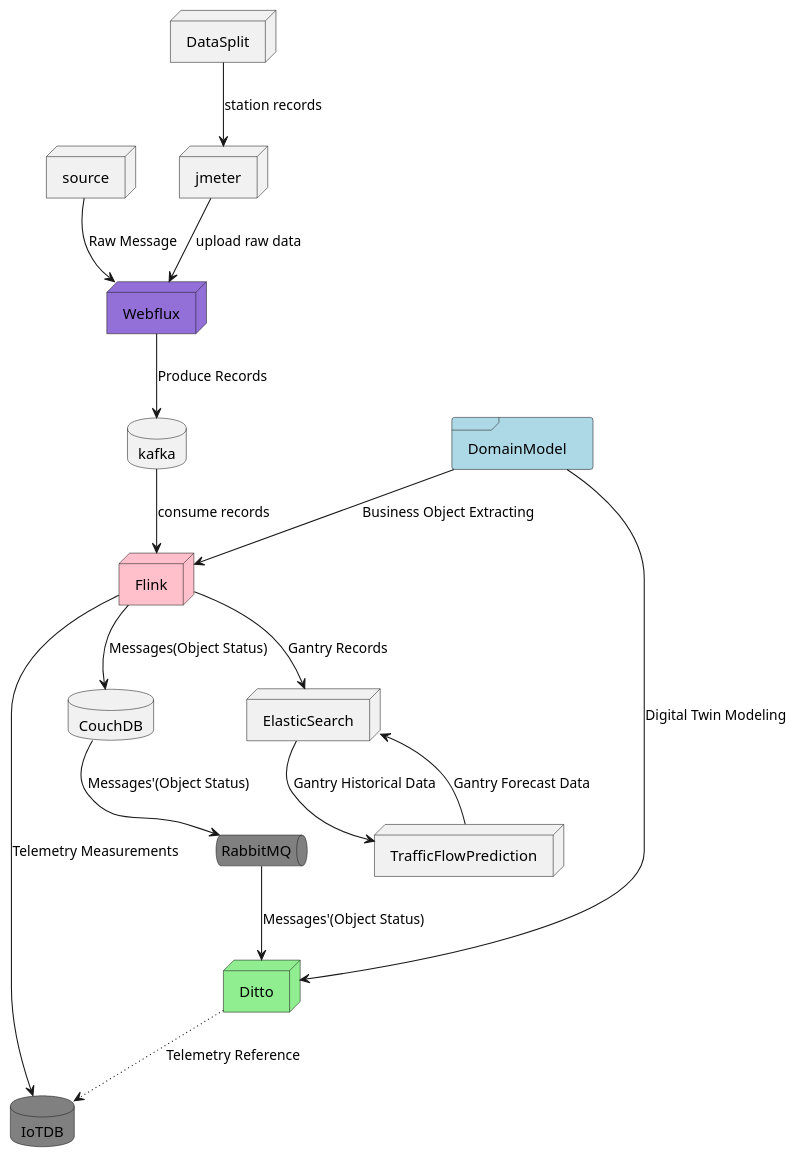
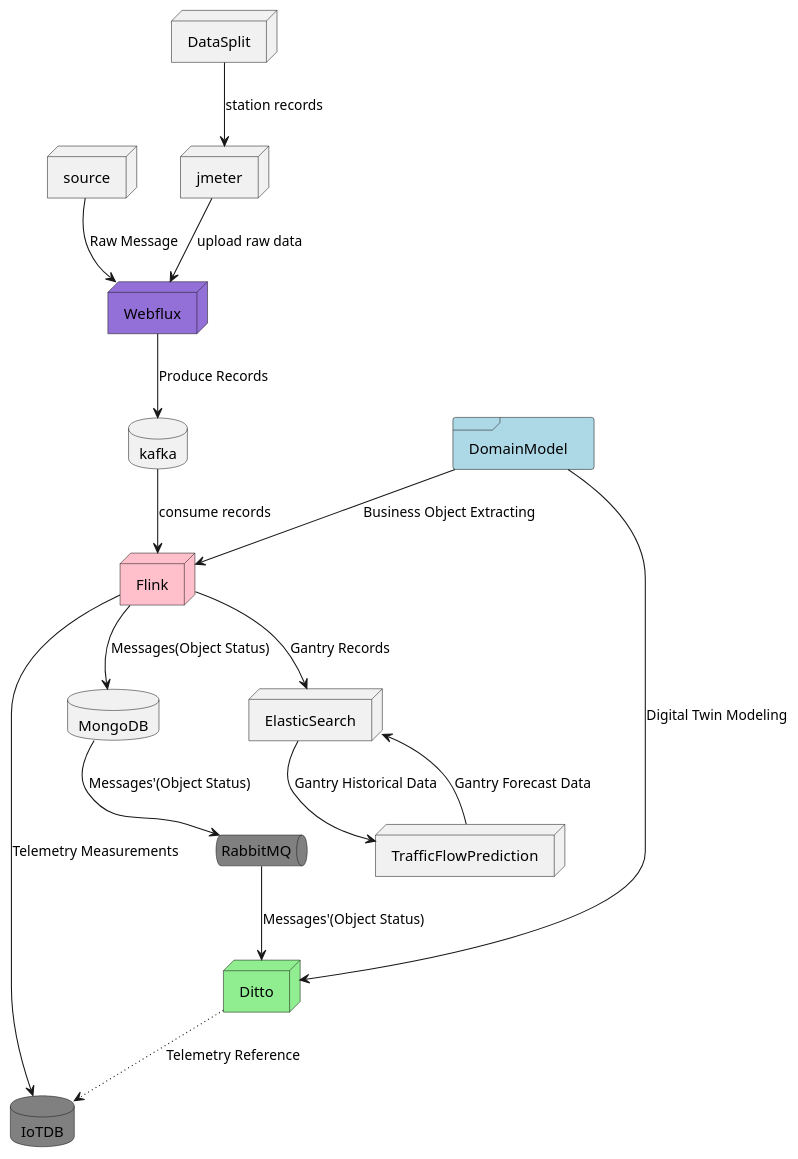
The diagram in docs/uml/deployment.pu (nemoworks/rodaki), drawn with PlantUML before and after one commit.

Commit message:
将CouchDB替换为MongDB
CouchDB性能不能满足需求

```diff
--- a/docs/uml/deployment.pu
+++ b/docs/uml/deployment.pu
@@ -1,37 +1,37 @@
 @startuml
 ' left to right direction
 top to bottom direction
 
 frame DomainModel #lightblue
 node source
 node jmeter
 node DataSplit
 node Webflux #mediumpurple
 database kafka
 node Flink #pink
 node ElasticSearch 
 database IoTDB #grey
 queue RabbitMQ #grey
 node Ditto #lightgreen
 node TrafficFlowPrediction
-database CouchDB
+database MongoDB
 
 
 DomainModel -[plain]-> Flink   :Business Object Extracting
 DomainModel --> Ditto   :Digital Twin Modeling
 DataSplit --> jmeter    :station records
 jmeter --> Webflux  :upload raw data
 
 source --> Webflux      :Raw Message
 Webflux --> kafka       :Produce Records
 
 kafka --> Flink :consume records
-Flink --> CouchDB      :Messages(Object Status)
-CouchDB --> RabbitMQ      :Messages'(Object Status)
+Flink --> MongoDB      :Messages(Object Status)
+MongoDB --> RabbitMQ      :Messages'(Object Status)
 Flink --> IoTDB         :Telemetry Measurements
 Flink --> ElasticSearch :Gantry Records
 ElasticSearch --> TrafficFlowPrediction :Gantry Historical Data
 TrafficFlowPrediction -->ElasticSearch  :Gantry Forecast Data
 RabbitMQ --> Ditto      :Messages'(Object Status)
 Ditto -[dotted]-> IoTDB :Telemetry Reference
 @enduml
```
